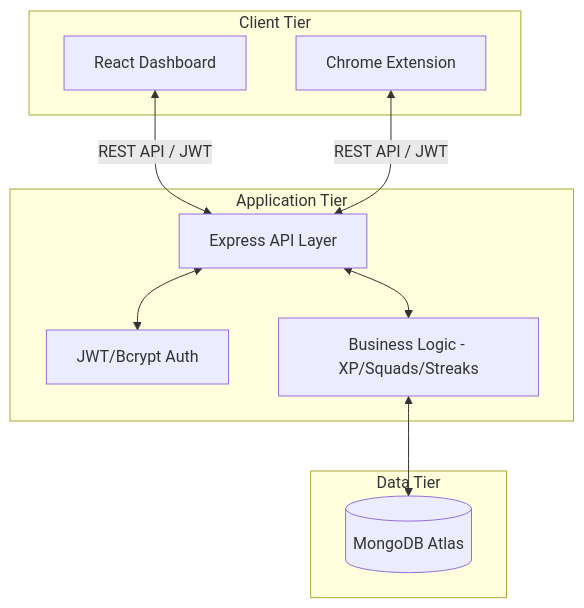
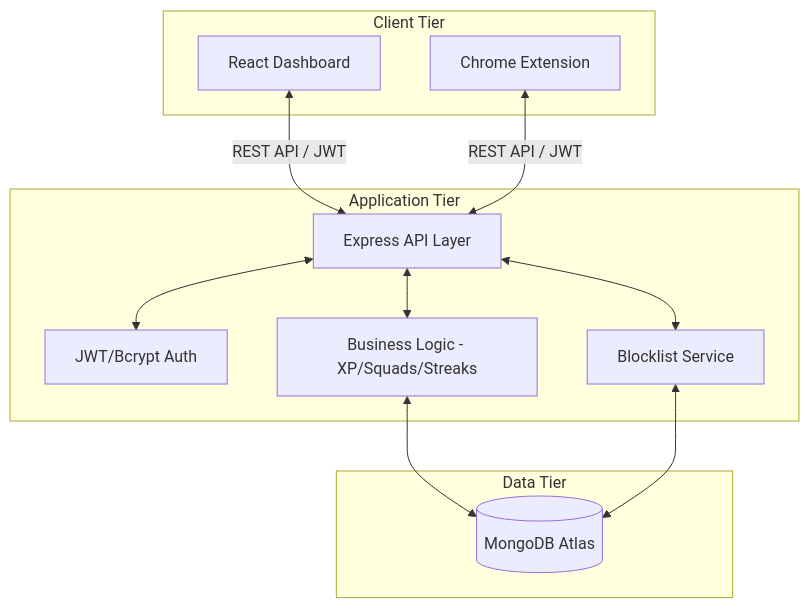
One commit to satyak4815-dotcom/focusforge-frontend changed the diagram in PROJECT_ARCHITECTURE.md. Above: the diagram before and after it, drawn with Mermaid. The commit also changed other lines of this file and 46 other files, not shown here.

````diff
--- a/PROJECT_ARCHITECTURE.md
+++ b/PROJECT_ARCHITECTURE.md
@@ -9,23 +9,26 @@
 ```mermaid
 graph TD
     subgraph "Client Tier"
         Dashboard[React Dashboard]
         Extension[Chrome Extension]
     end
 
     subgraph "Application Tier"
         API[Express API Layer]
         Auth[JWT/Bcrypt Auth]
         Logic[Business Logic - XP/Squads/Streaks]
+        BlocklistSvc[Blocklist Service]
     end
 
     subgraph "Data Tier"
         DB[(MongoDB Atlas)]
     end
 
     Dashboard <-->|REST API / JWT| API
     Extension <-->|REST API / JWT| API
     API <--> Auth
     API <--> Logic
+    API <--> BlocklistSvc
     Logic <--> DB
+    BlocklistSvc <--> DB
 ```
````
